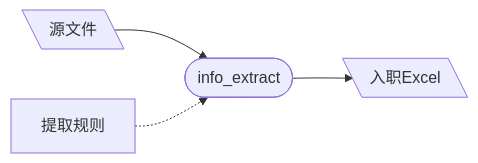
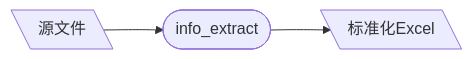
Before and after one commit to chenxinma/info_extract: the diagram in README.md, drawn with Mermaid. The commit also changed other lines of this file and 11 other files, not shown here.

````diff
--- a/README.md
+++ b/README.md
@@ -35,9 +35,8 @@
-```mermaid 
+```mermaid
 %% 本地桌面的结构化信息提取工具
 
 flowchart LR
     id1[\源文件\]
     id1-->extract([info_extract])
-    rule["提取规则"]-.->extract
-    extract-->f[\入职Excel\]
+    extract-->f[\标准化Excel\]
 ```
````
